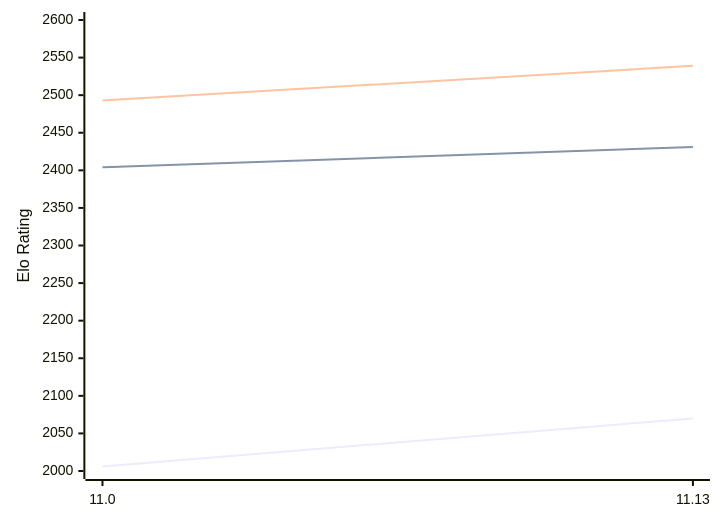
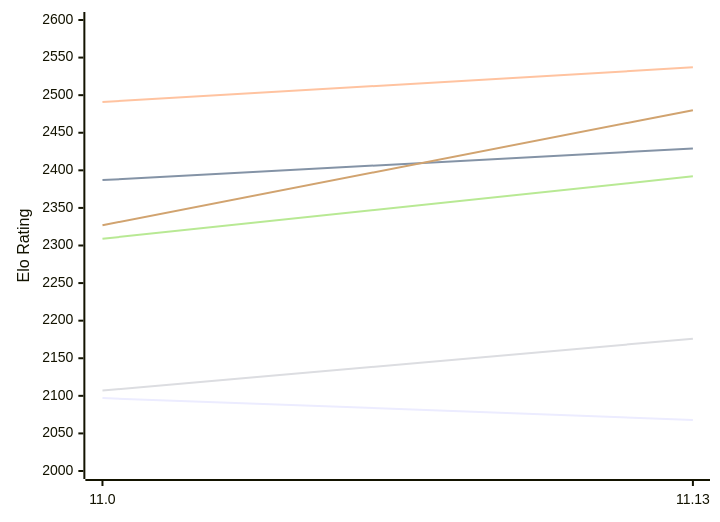
The diagram in engines/Liora.md (computer-chess-index/cci), drawn with Mermaid before and after one commit. The commit also changed other lines of this file, not shown here.

Commit message:
Update CCI Ratings (ELO VLTC) - 2026-11-23

````diff
--- a/engines/Liora.md
+++ b/engines/Liora.md
@@ -48,12 +49,12 @@
 ```mermaid
 %%{init: {"theme":"base","themeVariables":{"seriesColors:['#a3a3a3','#222221','#faa371']}}}%%
 xychart-beta
   x-axis ["11.0", "11.13"]
   y-axis "Elo Rating" 2000 --> 2600
-  line "E1: STC (8.0+0.08s)" [2006, 2070]
-  line "E1: LTC (60.0+0.60s)" [2404, 2431]
-  line "E1: VLTC (2m24s+1.12s)" [2493, 2539]
-  line "P1: STC (8.0+0.08s)" [2176]
-  line "P1: LTC (60.0+0.60s)" [2387]
-  line "P1: VLTC (2m24s+1.12s)" [2499]
+  line "E1: STC (8.0+0.08s)" [2097, 2068]
+  line "E1: LTC (60.0+0.60s)" [2387, 2429]
+  line "E1: VLTC (2m24s+1.12s)" [2491, 2537]
+  line "P1: STC (8.0+0.08s)" [2107, 2176]
+  line "P1: LTC (60.0+0.60s)" [2309, 2392]
+  line "P1: VLTC (2m24s+1.12s)" [2327, 2480]
 ```
````
